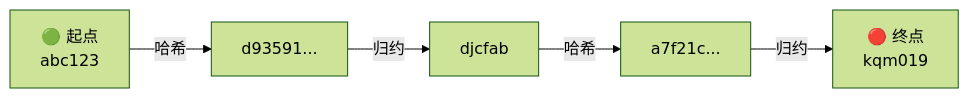
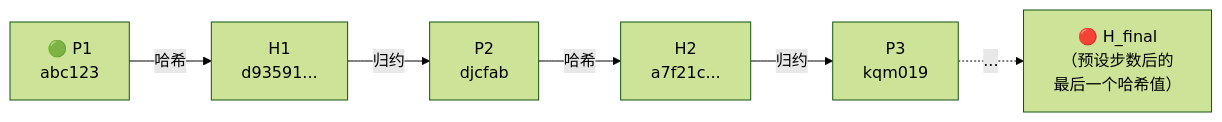
Before and after one commit to luohuidong/auth-tutorial: the third of 6 diagrams in docs/password-security.md, drawn with Mermaid (forest theme). The commit also changed other lines of this file, not shown here.

First line of the commit message:
docs: 重构彩虹表章节，改进图示和结构

````diff
--- a/docs/password-security.md
+++ b/docs/password-security.md
@@ -218,8 +217,8 @@
 ```mermaid
 flowchart LR
-    P1["🟢 起点\nabc123"] -->|"哈希"| H1["d93591..."]
-    H1 -->|"归约"| P2["djcfab"]
-    P2 -->|"哈希"| H2["a7f21c..."]
-    H2 -->|"归约"| P3["🔴 终点\nkqm019"]
-
+    P1["🟢 P1<br/>abc123"] --哈希--> H1["H1<br/>d93591..."]
+    H1 --归约--> P2["P2<br/>djcfab"]
+    P2 --哈希--> H2["H2<br/>a7f21c..."]
+    H2 --归约--> P3["P3<br/>kqm019"]
+    P3 -.->|"..."| H_final["🔴 H_final<br/>（预设步数后的<br/>最后一个哈希值）"]
 ```
````
